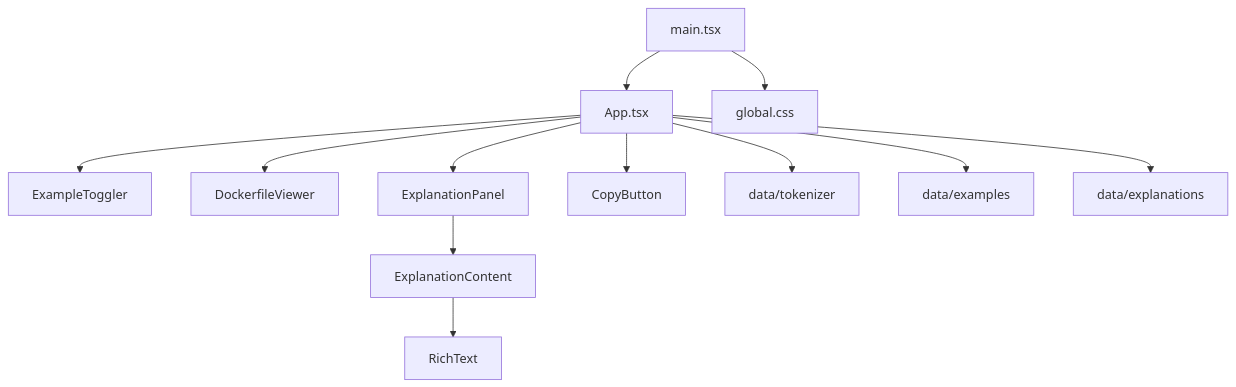
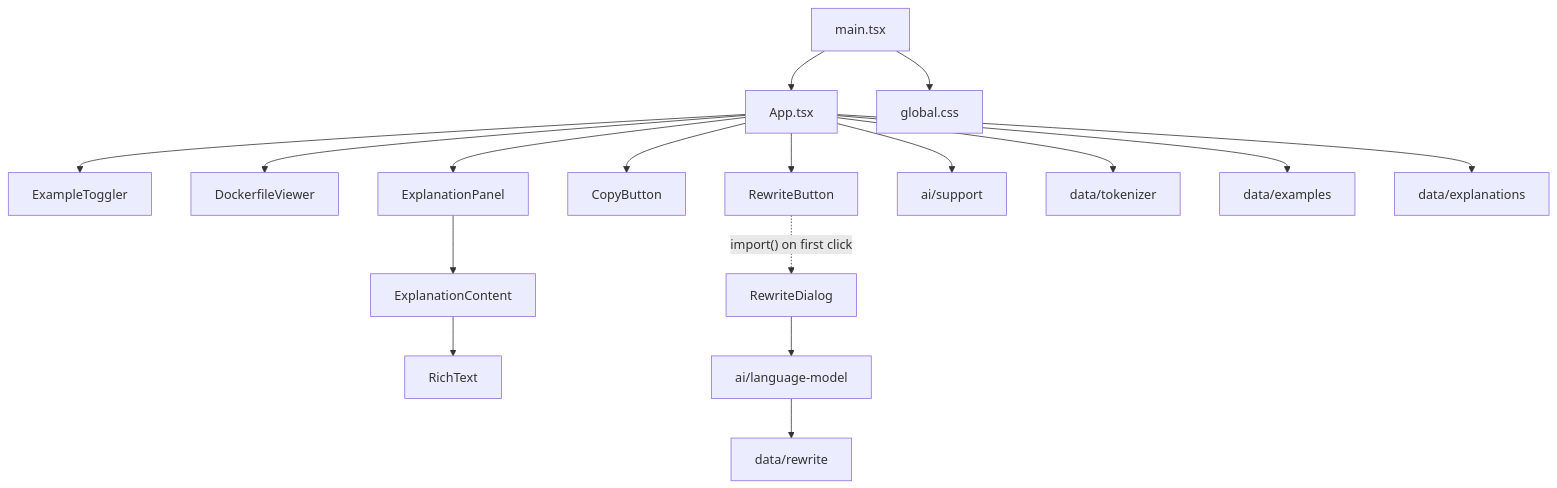
Before and after one commit to abraham/dockerfile-pub: the second of 2 diagrams in docs/specs/site-architecture.md, drawn with Mermaid. The commit also changed other lines of this file and 26 other files, not shown here.

````diff
--- a/docs/specs/site-architecture.md
+++ b/docs/specs/site-architecture.md
@@ -57,14 +58,19 @@
 ```mermaid
 flowchart TD
   main[main.tsx] --> App[App.tsx]
   main --> gcss[global.css]
   App --> ET[ExampleToggler]
   App --> DV[DockerfileViewer]
   App --> EP[ExplanationPanel]
   EP --> EC[ExplanationContent]
   EC --> RT[RichText]
   App --> CB[CopyButton]
+  App --> RB[RewriteButton]
+  RB -.->|"import() on first click"| RD[RewriteDialog]
+  App --> ai[ai/support]
+  RD --> lm[ai/language-model]
+  lm --> rw[data/rewrite]
   App --> tok[data/tokenizer]
   App --> ex[data/examples]
   App --> expl[data/explanations]
 ```
````
